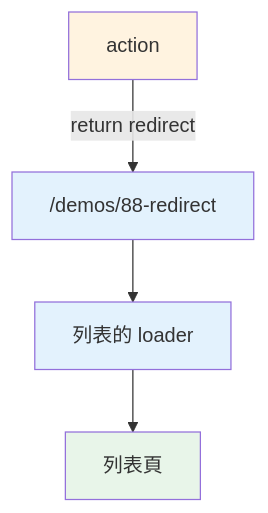
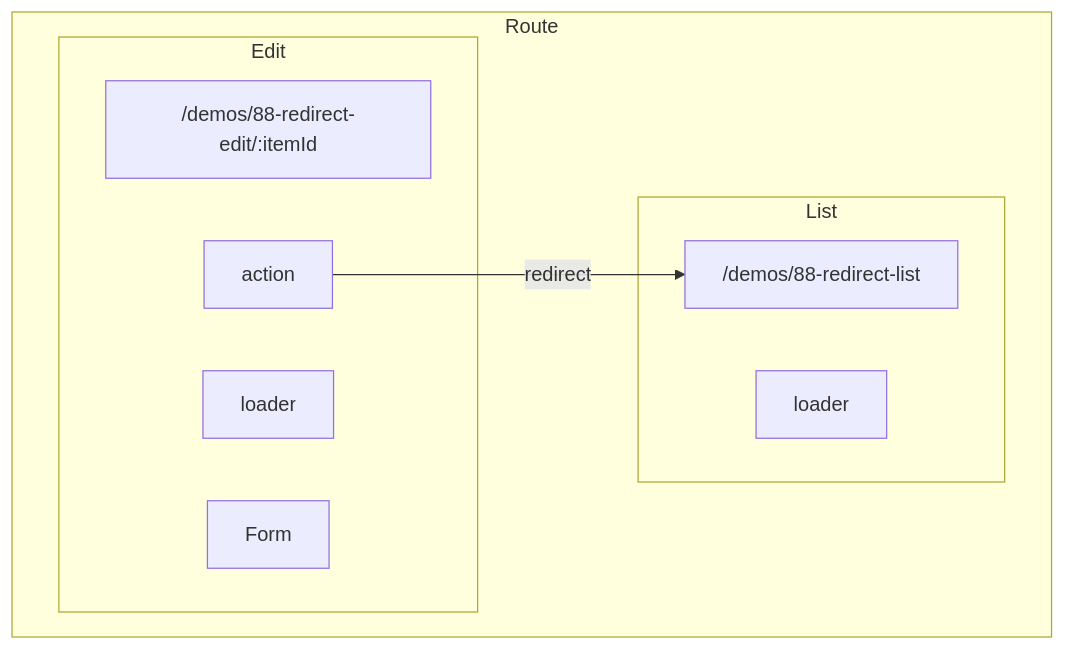
Before and after one commit to summer10920/summer10920.github.io: diagram 14 of 18 in source/_posts/lokiTech-15day-11-react-router.md, drawn with Mermaid. The commit also changed other lines of this file, not shown here.

Commit message:
講義 11：簡化 redirect 示範為列表頁與編輯頁

```diff
--- a/source/_posts/lokiTech-15day-11-react-router.md
+++ b/source/_posts/lokiTech-15day-11-react-router.md
@@ -2960,9 +2946,15 @@
 {% mermaid graph TD %}
-  action["action"] -->|"return redirect"| url["/demos/88-redirect"]
-  url --> listLoader["列表的 loader"]
-  listLoader --> listPage["列表頁"]
-  style action fill:#fff3e0
-  style url fill:#e3f2fd
-  style listLoader fill:#e3f2fd
-  style listPage fill:#e8f5e9
+  subgraph route["Route"]
+    subgraph list["List"]
+      listPath["/demos/88-redirect-list"]
+      listLoader["loader"]
+    end
+    subgraph edit["Edit"]
+      editPath["/demos/88-redirect-edit/:itemId"]
+      editLoader["loader"]
+      form["Form"]
+      action["action"]
+    end
+  end
+  action -->|"redirect"| listPath
 {% endmermaid %}
```
